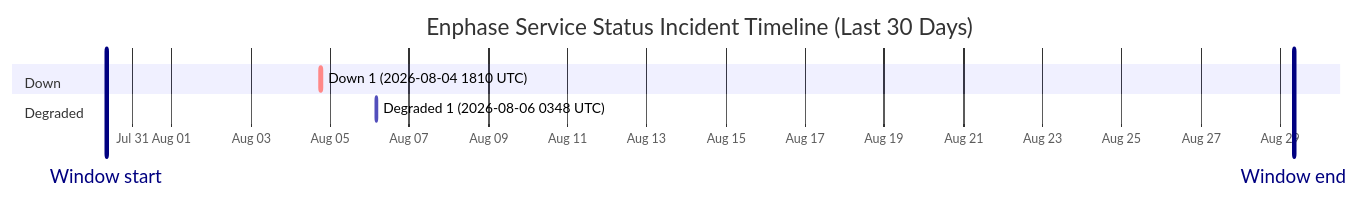
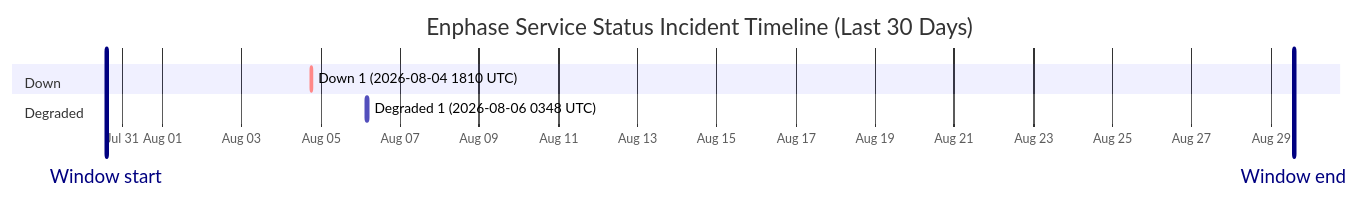
The diagram in wiki/Service-Status-History.md (barneyonline/ha-enphase-energy), drawn with Mermaid before and after one commit. The commit also changed other lines of this file and 3 other files, not shown here.

````diff
--- a/wiki/Service-Status-History.md
+++ b/wiki/Service-Status-History.md
@@ -14,12 +14,12 @@
 ```mermaid
 gantt
     title Enphase Service Status Incident Timeline (Last 30 Days)
     dateFormat  YYYY-MM-DDTHH:mm:ss
     axisFormat  %b %d
-    Window start :vert, window-start, 2026-07-30T08:14:30, 0ms
-    Window end :vert, window-end, 2026-08-29T08:14:30, 0ms
+    Window start :vert, window-start, 2026-07-30T13:56:08, 0ms
+    Window end :vert, window-end, 2026-08-29T13:56:08, 0ms
     section Down
     Down 1 (2026-08-04 1810 UTC) :crit, down-1, 2026-08-04T18:10:46, 60m
     section Degraded
     Degraded 1 (2026-08-06 0348 UTC) :active, degraded-1, 2026-08-06T03:48:14, 60m
 ```
````
